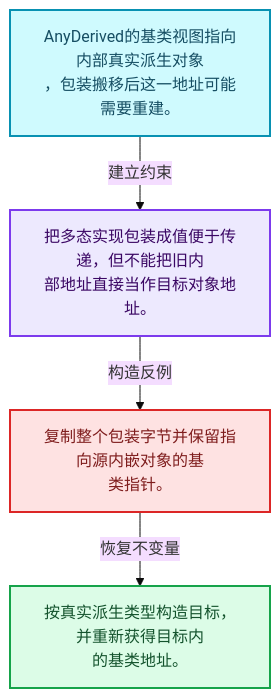
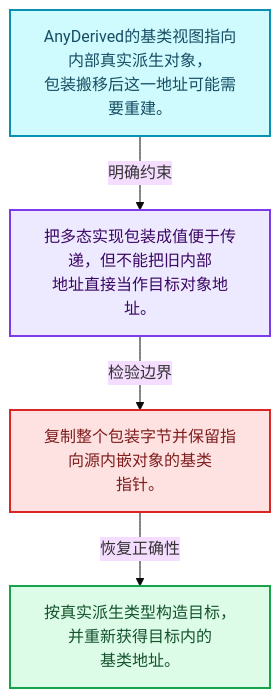
Before and after one commit to yunkezengren/blender-.vscode: the first of 4 diagrams in 杂/markdown/全面学习-codex/01-基础容器与现代CPP/18-AnyDerived多态对象值封装.md, drawn with Mermaid (base theme). The commit also changed other lines of this file and 1930 other files, not shown here.

````diff
--- a/杂/markdown/全面学习-codex/01-基础容器与现代CPP/18-AnyDerived多态对象值封装.md
+++ b/杂/markdown/全面学习-codex/01-基础容器与现代CPP/18-AnyDerived多态对象值封装.md
@@ -29,16 +29,16 @@
 ```mermaid
 flowchart TB
-  M["AnyDerived的基类视图指向内部真实派生对象<br/>，包装搬移后这一地址可能需要重建。"]:::data
-  T["把多态实现包装成值便于传递，但不能把旧内<br/>部地址直接当作目标对象地址。"]:::abstraction
-  X["复制整个包装字节并保留指向源内嵌对象的基<br/>类指针。"]:::error
-  A["按真实派生类型构造目标，并重新获得目标内<br/>的基类地址。"]:::result
-  M -->|"建立约束"| T
-  T -->|"构造反例"| X
-  X -->|"恢复不变量"| A
+  M["AnyDerived的基类视图指向内部真实派生对象，<br/>包装搬移后这一地址可能需要重建。"]:::data
+  C["把多态实现包装成值便于传递，但不能把旧内部<br/>地址直接当作目标对象地址。"]:::abstraction
+  B["复制整个包装字节并保留指向源内嵌对象的基类<br/>指针。"]:::error
+  R["按真实派生类型构造目标，并重新获得目标内的<br/>基类地址。"]:::result
+  M -->|"明确约束"| C
+  C -->|"检验边界"| B
+  B -->|"恢复正确性"| R
   classDef input fill:#DBEAFE,stroke:#2563EB,color:#172554,stroke-width:2px;
   classDef data fill:#CFFAFE,stroke:#0891B2,color:#164E63,stroke-width:2px;
   classDef abstraction fill:#EDE9FE,stroke:#7C3AED,color:#3B0764,stroke-width:2px;
   classDef compute fill:#FEF3C7,stroke:#D97706,color:#78350F,stroke-width:2px;
   classDef result fill:#DCFCE7,stroke:#16A34A,color:#14532D,stroke-width:2px;
   classDef error fill:#FEE2E2,stroke:#DC2626,color:#7F1D1D,stroke-width:2px;
 ```
````
